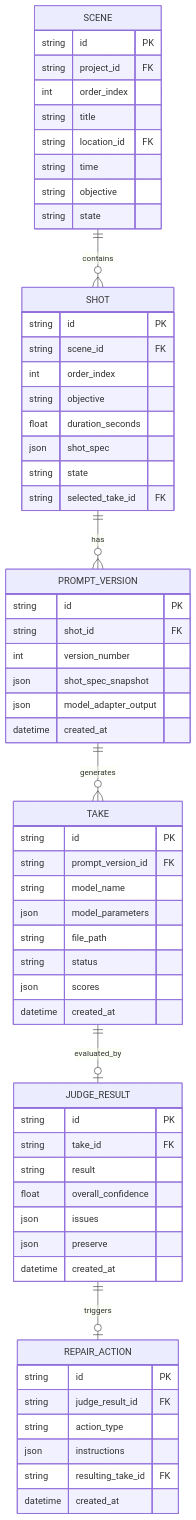
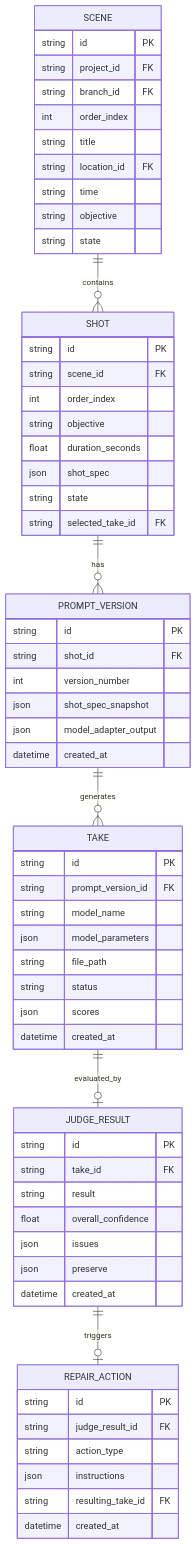
Before and after one commit to ousiassllc/mam: the second of 5 diagrams in spec/architecture/er.md, drawn with Mermaid. The commit also changed other lines of this file, not shown here.

````diff
--- a/spec/architecture/er.md
+++ b/spec/architecture/er.md
@@ -60,64 +62,65 @@
 ```mermaid
 erDiagram
     SCENE ||--o{ SHOT : contains
     SHOT ||--o{ PROMPT_VERSION : has
     PROMPT_VERSION ||--o{ TAKE : generates
     TAKE ||--o| JUDGE_RESULT : evaluated_by
     JUDGE_RESULT ||--o| REPAIR_ACTION : triggers
 
     SCENE {
         string id PK
         string project_id FK
+        string branch_id FK
         int order_index
         string title
         string location_id FK
         string time
         string objective
         string state
     }
     SHOT {
         string id PK
         string scene_id FK
         int order_index
         string objective
         float duration_seconds
         json shot_spec
         string state
         string selected_take_id FK
     }
     PROMPT_VERSION {
         string id PK
         string shot_id FK
         int version_number
         json shot_spec_snapshot
         json model_adapter_output
         datetime created_at
     }
     TAKE {
         string id PK
         string prompt_version_id FK
         string model_name
         json model_parameters
         string file_path
         string status
         json scores
         datetime created_at
     }
     JUDGE_RESULT {
         string id PK
         string take_id FK
         string result
         float overall_confidence
         json issues
         json preserve
         datetime created_at
     }
     REPAIR_ACTION {
         string id PK
         string judge_result_id FK
         string action_type
         json instructions
         string resulting_take_id FK
         datetime created_at
     }
 ```
````
